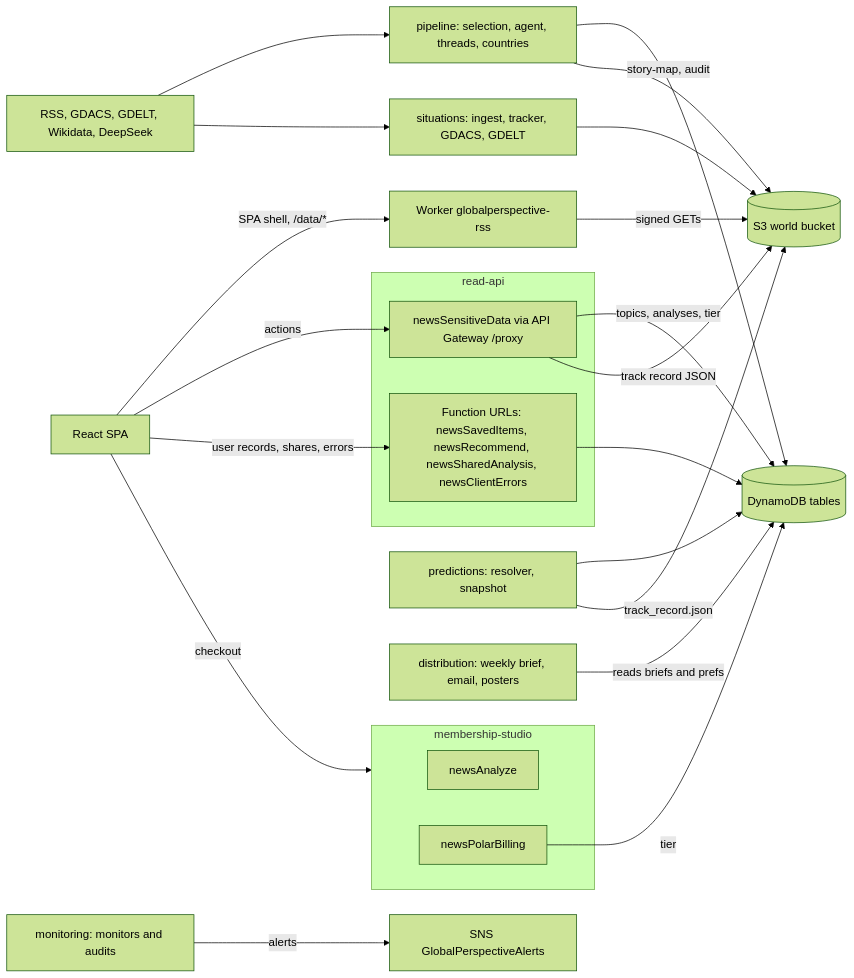
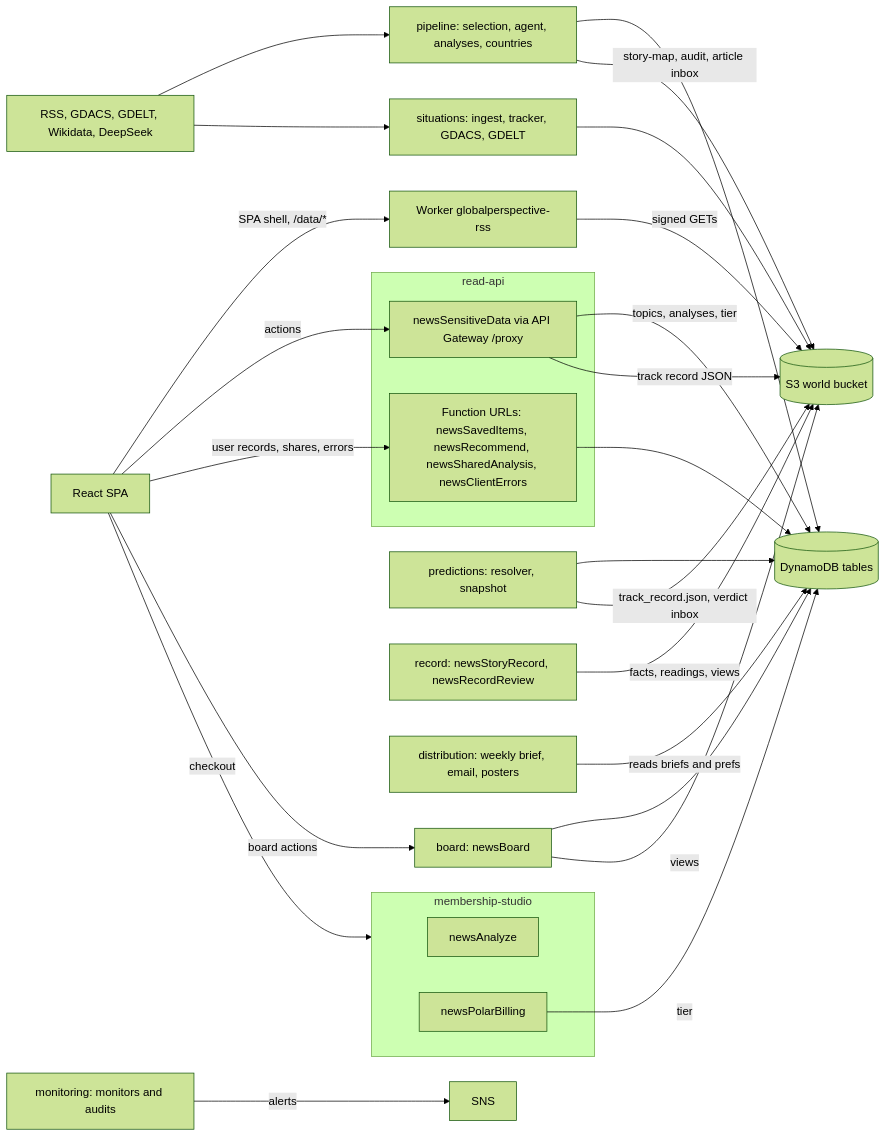
One commit to BenBen05059997/globalPerspective-v1 changed the second of 7 diagrams in project-docs/architecture/ARCHITECTURE.md. Above: the diagram before and after it, drawn with Mermaid (forest theme). The commit also changed other lines of this file, not shown here.

First line of the commit message:
Rewrite ARCHITECTURE as a clean current map: review live, resolver runs the forecast loop, board is the only view reader, no pipeline alarms

````diff
--- a/project-docs/architecture/ARCHITECTURE.md
+++ b/project-docs/architecture/ARCHITECTURE.md
@@ -68,39 +49,45 @@
 ```mermaid
 flowchart LR
   spa[React SPA]
   worker[Worker globalperspective-rss]
   subgraph read[read-api]
     proxy[newsSensitiveData via API Gateway /proxy]
     fn[Function URLs: newsSavedItems, newsRecommend, newsSharedAnalysis, newsClientErrors]
   end
+  board[board: newsBoard]
   subgraph member[membership-studio]
     ana[newsAnalyze]
     bill[newsPolarBilling]
   end
-  pipe[pipeline: selection, agent, threads, countries]
+  pipe[pipeline: selection, agent, analyses, countries]
   sit[situations: ingest, tracker, GDACS, GDELT]
   pred[predictions: resolver, snapshot]
+  rec[record: newsStoryRecord, newsRecordReview]
   dist[distribution: weekly brief, email, posters]
   mon[monitoring: monitors and audits]
   ddb[(DynamoDB tables)]
   s3[(S3 world bucket)]
   ext[RSS, GDACS, GDELT, Wikidata, DeepSeek]
   spa -->|SPA shell, /data/*| worker
   worker -->|signed GETs| s3
   spa -->|actions| proxy
   spa -->|user records, shares, errors| fn
+  spa -->|board actions| board
   spa -->|checkout| member
   proxy -->|topics, analyses, tier| ddb
   proxy -->|track record JSON| s3
   fn --> ddb
+  board --> ddb
+  board -->|views| s3
   bill -->|tier| ddb
   ext --> pipe
   ext --> sit
   pipe --> ddb
-  pipe -->|story-map, audit| s3
+  pipe -->|story-map, audit, article inbox| s3
   sit --> s3
   pred --> ddb
-  pred -->|track_record.json| s3
+  pred -->|track_record.json, verdict inbox| s3
+  rec -->|facts, readings, views| s3
   dist -->|reads briefs and prefs| ddb
-  mon -->|alerts| sns[SNS GlobalPerspectiveAlerts]
+  mon -->|alerts| sns[SNS]
 ```
````
